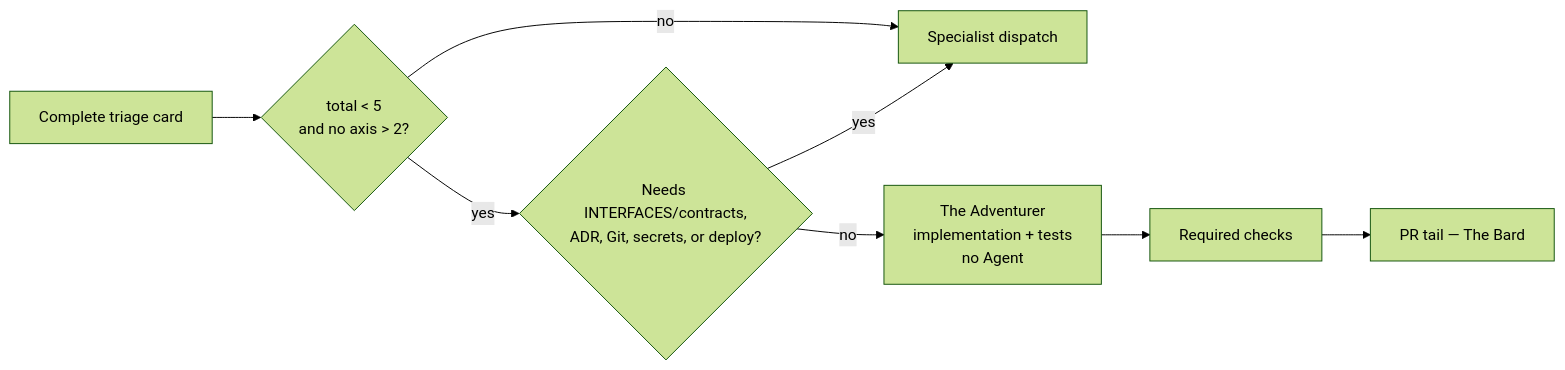
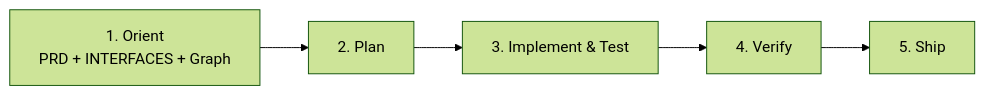
One commit to kodexArg/harness-team-party changed the diagram in docs/DEVELOPMENT-LOOP.md. Above: the diagram before and after it, drawn with Mermaid (forest theme). The commit also changed other lines of this file and 196 other files, not shown here.

````diff
--- a/docs/DEVELOPMENT-LOOP.md
+++ b/docs/DEVELOPMENT-LOOP.md
@@ -78,10 +3,7 @@
 ```mermaid
 flowchart LR
-    CARD["Complete triage card"] --> SCORE{"total < 5<br/>and no axis > 2?"}
-    SCORE -->|no| SPEC["Specialist dispatch"]
-    SCORE -->|yes| BOUND{"Needs INTERFACES/contracts,<br/>ADR, Git, secrets, or deploy?"}
-    BOUND -->|yes| SPEC
-    BOUND -->|no| ADV["The Adventurer<br/>implementation + tests<br/>no Agent"]
-    ADV --> VERIFY["Required checks"]
-    VERIFY --> TAIL["PR tail — The Bard"]
+    ORIENT["1. Orient<br/>PRD + INTERFACES + Graph"] --> PLAN["2. Plan"]
+    PLAN --> BUILD["3. Implement & Test"]
+    BUILD --> VERIFY["4. Verify"]
+    VERIFY --> SHIP["5. Ship"]
 ```
````
